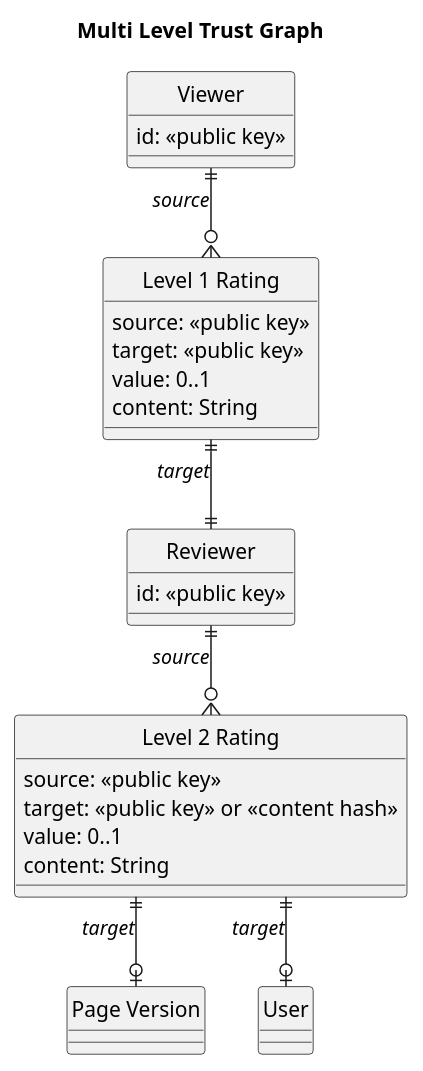
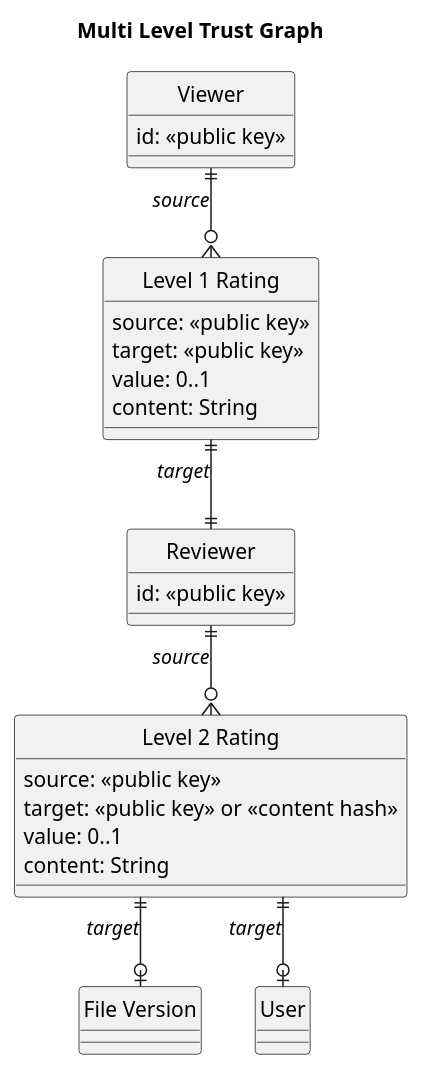
The third of 3 diagrams in README.md (wikinodes-net/wikinodes), drawn with PlantUML before and after one commit. The commit also changed other lines of this file, not shown here.

````diff
--- a/README.md
+++ b/README.md
@@ -172,35 +190,35 @@
 ```plantuml
 title Multi Level Trust Graph
 
 hide circle
 skinparam linetype ortho
 
 entity Viewer {
     id: <<public key>>
 }
 
 entity Reviewer {
     id: <<public key>>
 }
 
 entity "Level 1 Rating" {
     source: <<public key>>
     target: <<public key>>
     value: 0..1
     content: String
 }
 
 entity "Level 2 Rating" {
     source: <<public key>>
     target: <<public key>> or <<content hash>>
     value: 0..1
     content: String
 }
 
 Viewer ||--o{ "Level 1 Rating": //source//
 "Level 1 Rating" ||--|| Reviewer: //target//
 
 Reviewer ||--o{ "Level 2 Rating": //source//
-"Level 2 Rating" ||--o| "Page Version": //target//
+"Level 2 Rating" ||--o| "File Version": //target//
 "Level 2 Rating" ||--o| User: //target//
 ```
````
